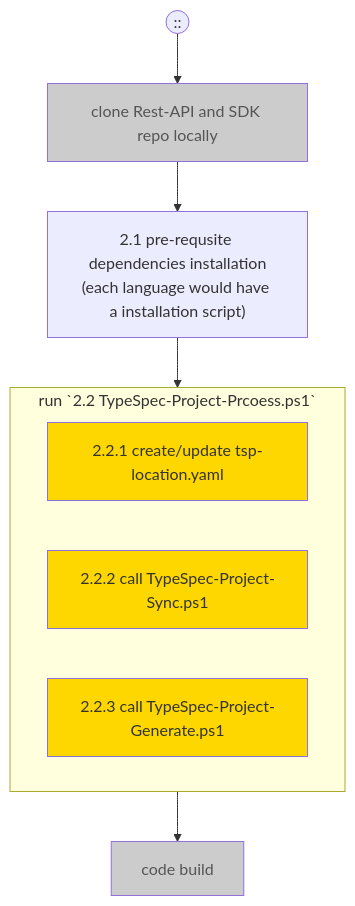
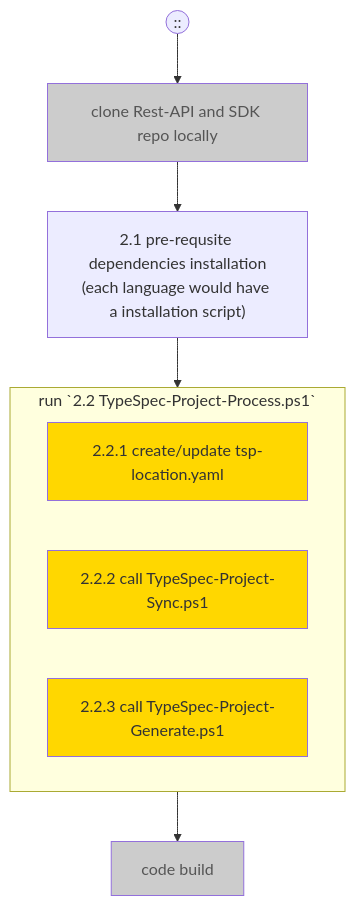
The second of 5 diagrams in documentation/typespec-end-to-end-scenarios.md (check-spelling-sandbox/azure-rest-api-specs), drawn with Mermaid before and after one commit.

Commit message:
spelling: process

````diff
--- a/documentation/typespec-end-to-end-scenarios.md
+++ b/documentation/typespec-end-to-end-scenarios.md
@@ -72,20 +72,20 @@
 ```mermaid
 flowchart TD
 classDef highlight fill:#ffd700
 classDef grey fill:#CCCCCC,color:#555555;
 User((::))-->A
 A["clone Rest-API and SDK repo locally"] --> B
 B["2.1 pre-requsite dependencies installation
 (each language would have a installation script)"] --> G
-subgraph G["run `2.2 TypeSpec-Project-Prcoess.ps1`"]
+subgraph G["run `2.2 TypeSpec-Project-Process.ps1`"]
   F
   C
   D
 end
 F["2.2.1 create/update tsp-location.yaml"]
 C["2.2.2 call TypeSpec-Project-Sync.ps1"]
 D["2.2.3 call TypeSpec-Project-Generate.ps1"]
 G-->E["code build"]
 class A,E grey
 class C,D,F highlight
 ```
````
